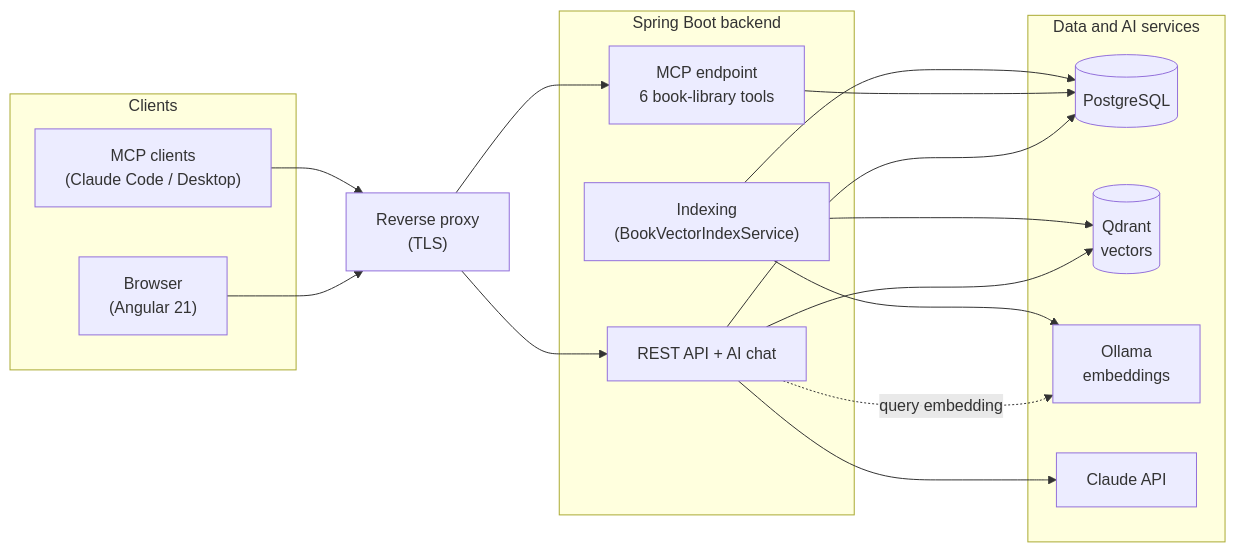
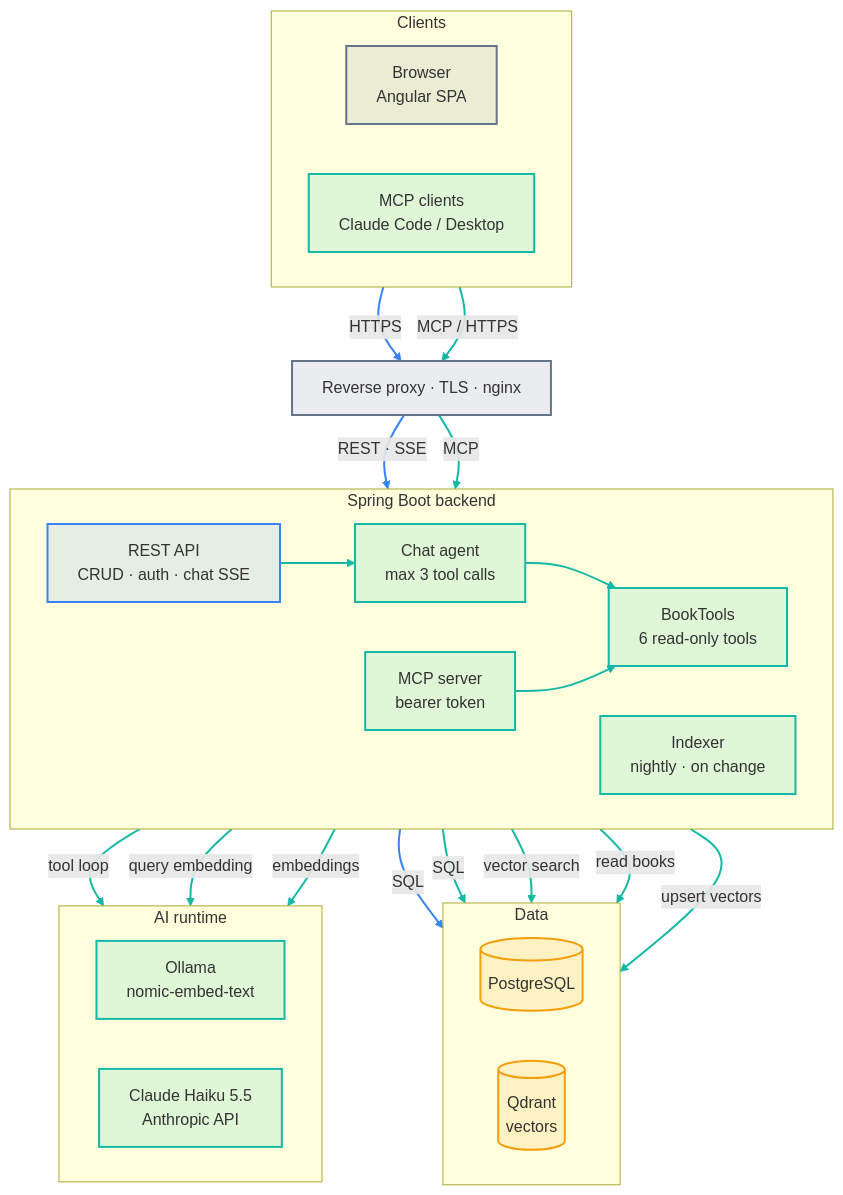
Before and after one commit to daniellaera/spring-angular-book-management: the first of 3 diagrams in README.md, drawn with Mermaid. The commit also changed other lines of this file, not shown here.

Commit message:
README: rewrite as landing page, new system diagram, fix stale content

````diff
--- a/README.md
+++ b/README.md
@@ -20,31 +32,55 @@
 ```mermaid
-flowchart LR
+flowchart TB
     subgraph Clients
-        B["Browser<br/>(Angular 21)"]
-        M["MCP clients<br/>(Claude Code / Desktop)"]
+        direction LR
+        B["Browser<br/>Angular SPA"]:::client
+        M["MCP clients<br/>Claude Code / Desktop"]:::ai
     end
-    P["Reverse proxy<br/>(TLS)"]
+
+    P["Reverse proxy · TLS · nginx"]:::edge
+
     subgraph App["Spring Boot backend"]
-        API["REST API + AI chat"]
-        MCP["MCP endpoint<br/>6 book-library tools"]
-        IDX["Indexing<br/>(BookVectorIndexService)"]
+        direction LR
+        API["REST API<br/>CRUD · auth · chat SSE"]:::crud
+        AG["Chat agent<br/>max 3 tool calls"]:::ai
+        MCP["MCP server<br/>bearer token"]:::ai
+        T["BookTools<br/>6 read-only tools"]:::ai
+        IDX["Indexer<br/>nightly · on change"]:::ai
     end
-    subgraph Data["Data and AI services"]
-        PG[("PostgreSQL")]
-        Q[("Qdrant<br/>vectors")]
-        O["Ollama<br/>embeddings"]
-        C["Claude API"]
+
+    subgraph Data
+        direction LR
+        PG[("PostgreSQL")]:::data
+        Q[("Qdrant<br/>vectors")]:::data
     end
-    B --> P
-    M --> P
-    P --> API
-    P --> MCP
-    API --> PG
-    API --> Q
-    API --> C
-    API -. "query embedding" .-> O
-    MCP --> PG
-    IDX --> PG
-    IDX --> O
-    IDX --> Q
+
+    subgraph Models["AI runtime"]
+        direction LR
+        O["Ollama<br/>nomic-embed-text"]:::ai
+        C["Claude Haiku 5.5<br/>Anthropic API"]:::ai
+    end
+
+    B -- "HTTPS" --> P
+    M -- "MCP / HTTPS" --> P
+    P -- "REST · SSE" --> API
+    P -- "MCP" --> MCP
+    API -- "SQL" --> PG
+    API --> AG
+    AG -- "tool loop" --> C
+    AG --> T
+    MCP --> T
+    T -- "SQL" --> PG
+    T -- "vector search" --> Q
+    T -- "query embedding" --> O
+    IDX -- "read books" --> PG
+    IDX -- "embeddings" --> O
+    IDX -- "upsert vectors" --> Q
+
+    classDef client fill:#64748b22,stroke:#64748b,stroke-width:2px
+    classDef edge fill:#64748b22,stroke:#64748b,stroke-width:2px
+    classDef crud fill:#3b82f622,stroke:#3b82f6,stroke-width:2px
+    classDef data fill:#f59e0b22,stroke:#f59e0b,stroke-width:2px
+    classDef ai fill:#14b8a622,stroke:#14b8a6,stroke-width:2px
+    linkStyle 0,2,4 stroke:#3b82f6,stroke-width:2px
+    linkStyle 1,3,5,6,7,8,9,10,11,12,13,14 stroke:#14b8a6,stroke-width:2px
 ```
````
